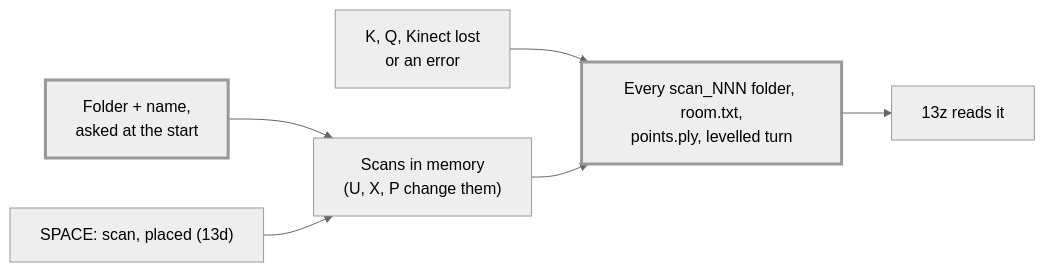
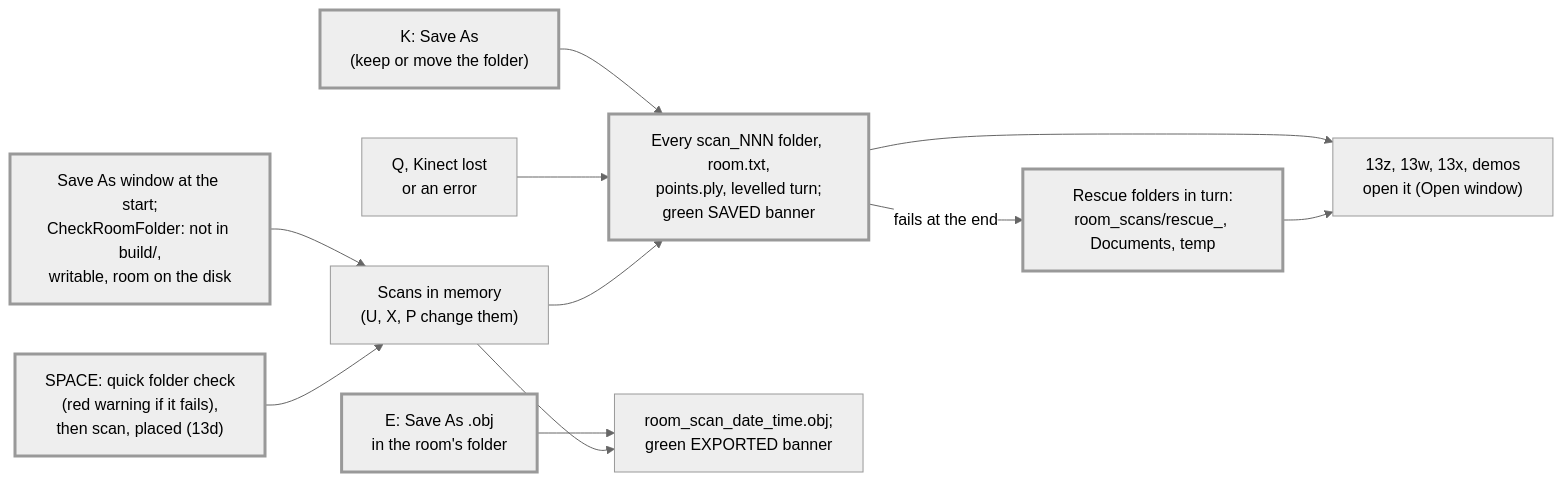
Before and after one commit to Kramav/Spotter: diagram 28 of 33 in exercises/cpp/EXAMPLES.md, drawn with Mermaid (neutral theme). The commit also changed other lines of this file and 34 other files, not shown here.

````diff
--- a/exercises/cpp/EXAMPLES.md
+++ b/exercises/cpp/EXAMPLES.md
@@ -648,11 +650,16 @@
 ```mermaid
 flowchart LR
-    ASK["Folder + name,<br/>asked at the start"] --> MEM
-    SP["SPACE: scan, placed (13d)"] --> MEM["Scans in memory<br/>(U, X, P change them)"]
-    KQ["K, Q, Kinect lost<br/>or an error"] --> SAVE["Every scan_NNN folder, room.txt,<br/>points.ply, levelled turn"]
+    ASK["Save As window at the start;<br/>CheckRoomFolder: not in build/,<br/>writable, room on the disk"] --> MEM
+    SP["SPACE: quick folder check<br/>(red warning if it fails),<br/>then scan, placed (13d)"] --> MEM["Scans in memory<br/>(U, X, P change them)"]
+    K["K: Save As<br/>(keep or move the folder)"] --> SAVE
+    KQ["Q, Kinect lost<br/>or an error"] --> SAVE["Every scan_NNN folder, room.txt,<br/>points.ply, levelled turn;<br/>green SAVED banner"]
     MEM --> SAVE
-    SAVE --> Z["13z reads it"]
+    SAVE -- "fails at the end" --> RES["Rescue folders in turn:<br/>room_scans/rescue_, Documents, temp"]
+    E["E: Save As .obj<br/>in the room's folder"] --> OBJ["room_scan_date_time.obj;<br/>green EXPORTED banner"]
+    MEM --> OBJ
+    SAVE --> Z["13z, 13w, 13x, demos<br/>open it (Open window)"]
+    RES --> Z
 
     classDef new stroke-width:3px
-    class ASK,SAVE new
+    class ASK,SP,K,SAVE,RES,E new
 ```
````
